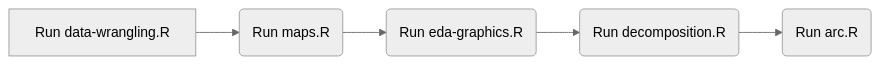
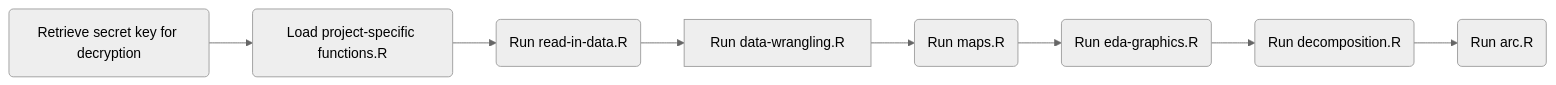
The diagram in README.md (nutimes/som-sam-admit), drawn with Mermaid (neutral theme) before and after one commit. The commit also changed other lines of this file and 1 other file, not shown here.

````diff
--- a/README.md
+++ b/README.md
@@ -95,10 +84,13 @@
 ``` mermaid
     flowchart LR
-    A[Run data-wrangling.R] 
-    B(Run maps.R)
-    C(Run eda-graphics.R)
-    D(Run decomposition.R)
-    E(Run arc.R)
+    A(Retrieve secret key for decryption)
+    B(Load project-specific functions.R)
+    C(Run read-in-data.R)
+    D[Run data-wrangling.R] 
+    E(Run maps.R)
+    F(Run eda-graphics.R)
+    G(Run decomposition.R)
+    H(Run arc.R)
 
-    A --> B --> C --> D --> E
+    A --> B --> C --> D --> E --> F --> G --> H
 ```
````
